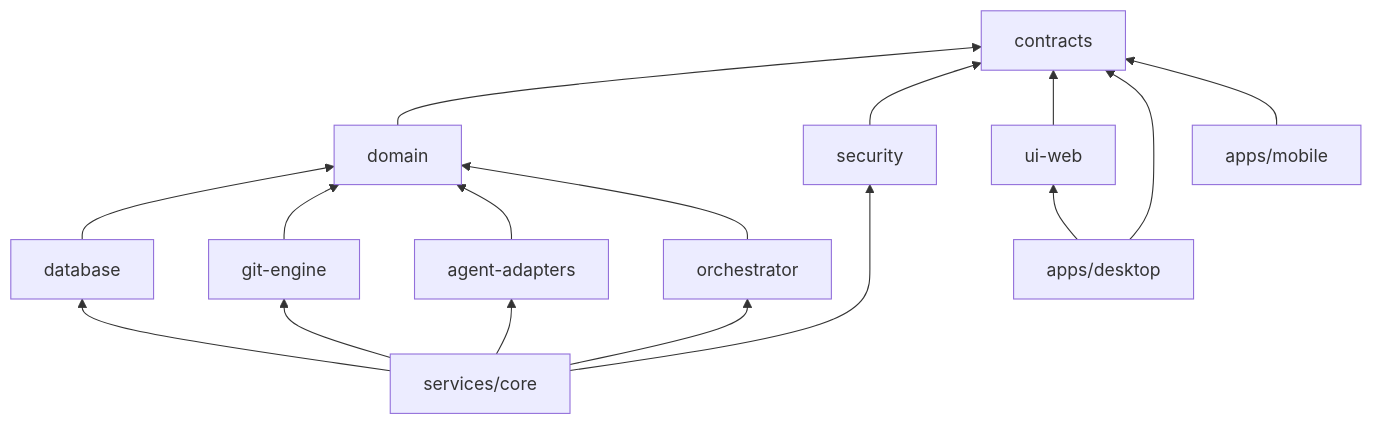
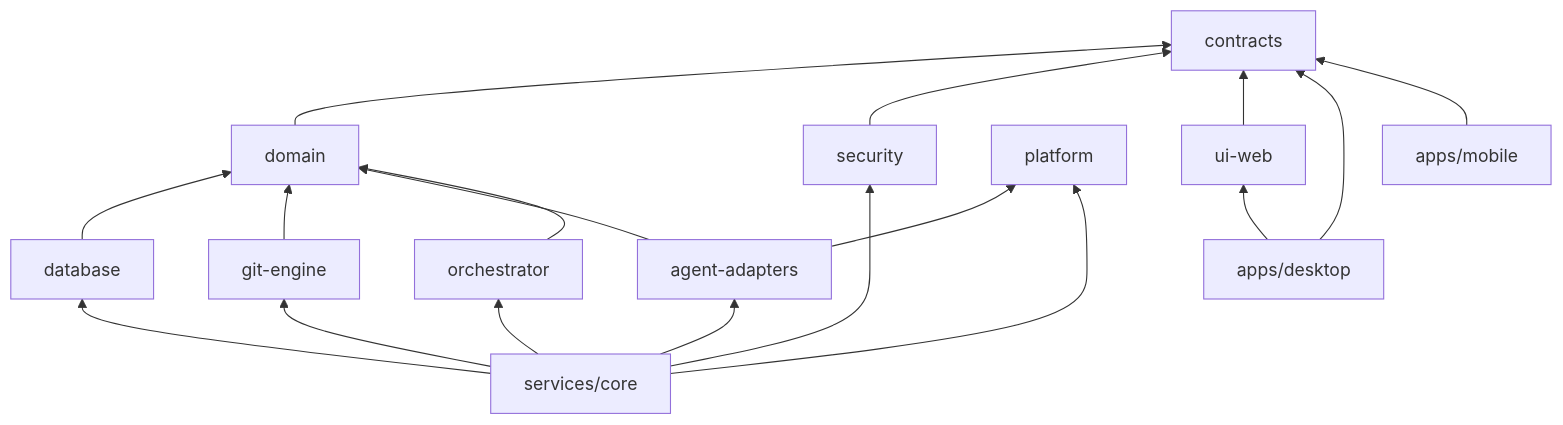
Before and after one commit to YuboxtY/takedesk: diagram 15 of 15 in docs/04-DIAGRAMAS.md, drawn with Mermaid. The commit also changed other lines of this file and 67 other files, not shown here.

````diff
--- a/docs/04-DIAGRAMAS.md
+++ b/docs/04-DIAGRAMAS.md
@@ -429,29 +431,32 @@
 ```mermaid
 flowchart BT
   contracts["contracts"]
   domain["domain"]
   security["security"]
+  platform["platform"]
   database["database"]
   gitengine["git-engine"]
   adapters["agent-adapters"]
   orch["orchestrator"]
   core["services/core"]
   uiweb["ui-web"]
   desktop["apps/desktop"]
   mobile["apps/mobile"]
   domain --> contracts
   security --> contracts
   database --> domain
   gitengine --> domain
   adapters --> domain
+  adapters --> platform
   orch --> domain
   core --> database
   core --> gitengine
   core --> adapters
   core --> orch
+  core --> platform
   core --> security
   uiweb --> contracts
   desktop --> uiweb
   desktop --> contracts
   mobile --> contracts
 ```
````
